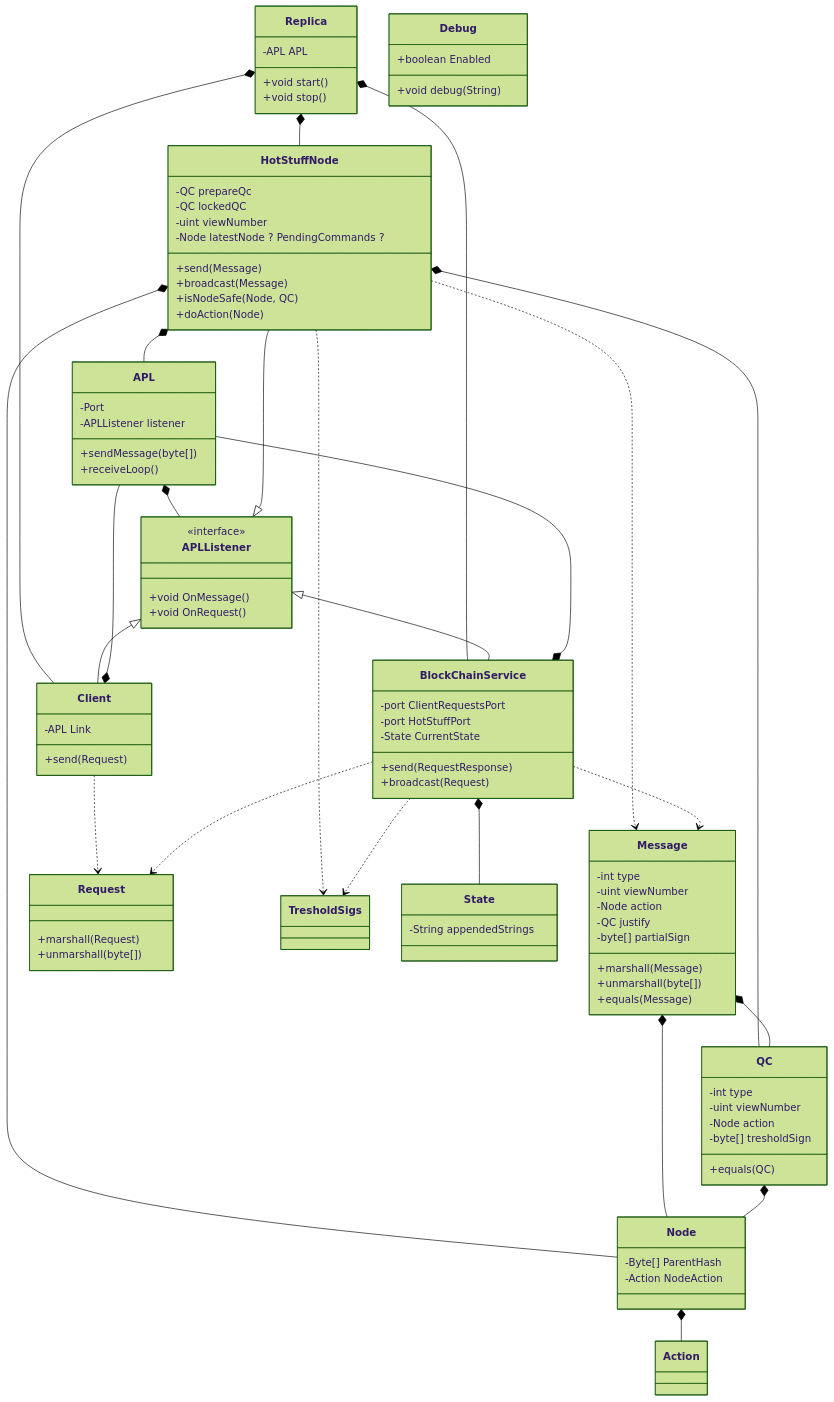
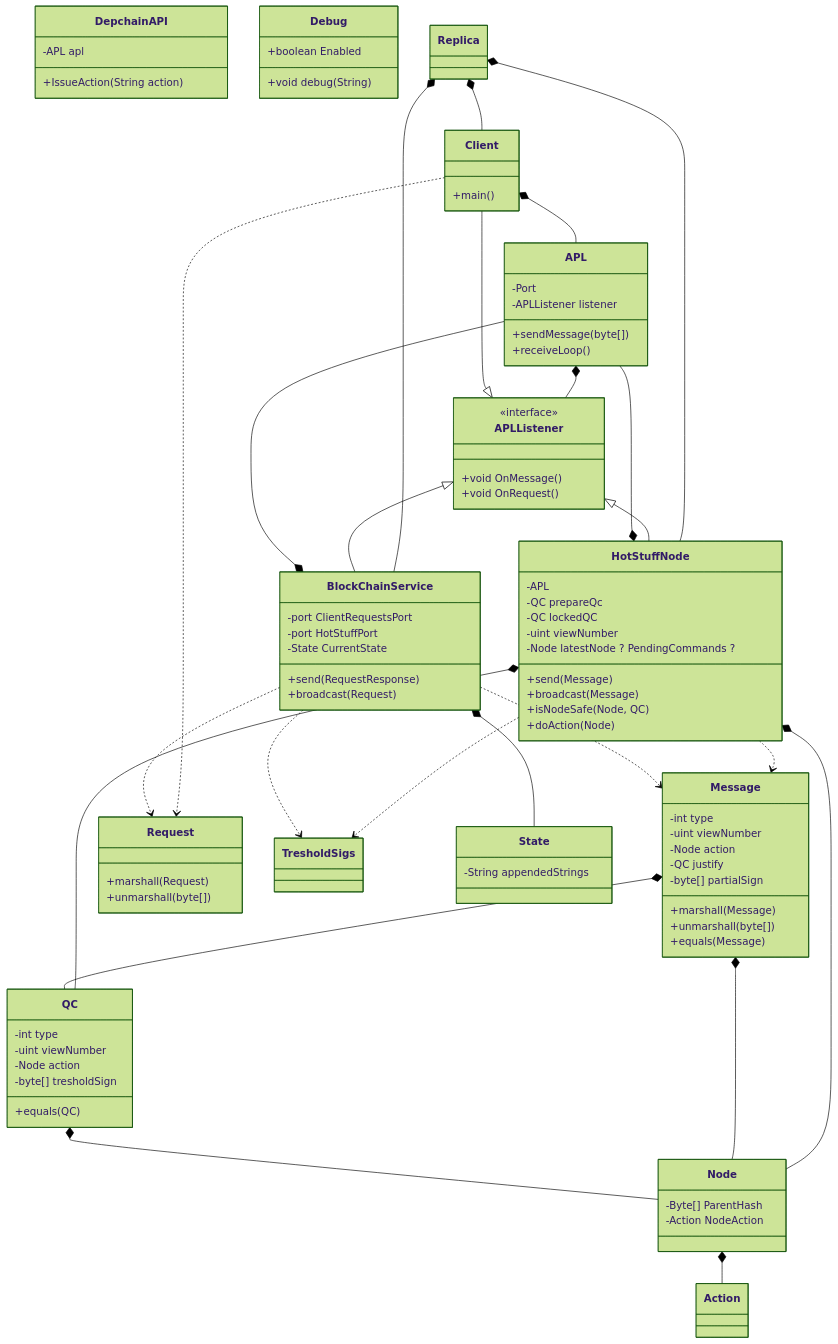
One commit to Guilherme-Corvelo/SEC-2526-project changed the first of 4 diagrams in SEC Diagram.md. Above: the diagram before and after it, drawn with Mermaid (forest theme). The commit also changed 33 other files, not shown here.

```diff
--- a/SEC Diagram.md
+++ b/SEC Diagram.md
@@ -12,6 +12,17 @@
     +marshall(Message)
     +unmarshall(byte[])
     +equals(Message)
+}
+
+
+class Client{
+    +main()
+}
+
+class DepchainAPI{
+    -APL apl
+
+    +IssueAction(String action)
 }
 
 class Request{
@@ -29,13 +40,8 @@
     +equals(QC)
 }
 
-class Replica{
-    -APL APL
-    +void start()
-    +void stop()
-}
-
 class HotStuffNode{
+    -APL
     -QC prepareQc
     -QC lockedQC
     -uint viewNumber
@@ -57,11 +63,7 @@
 class TresholdSigs {
 }
 
-class Client{
-    -APL Link
 
-    +send(Request)
-}
 
 class Debug{
     +boolean Enabled
```
